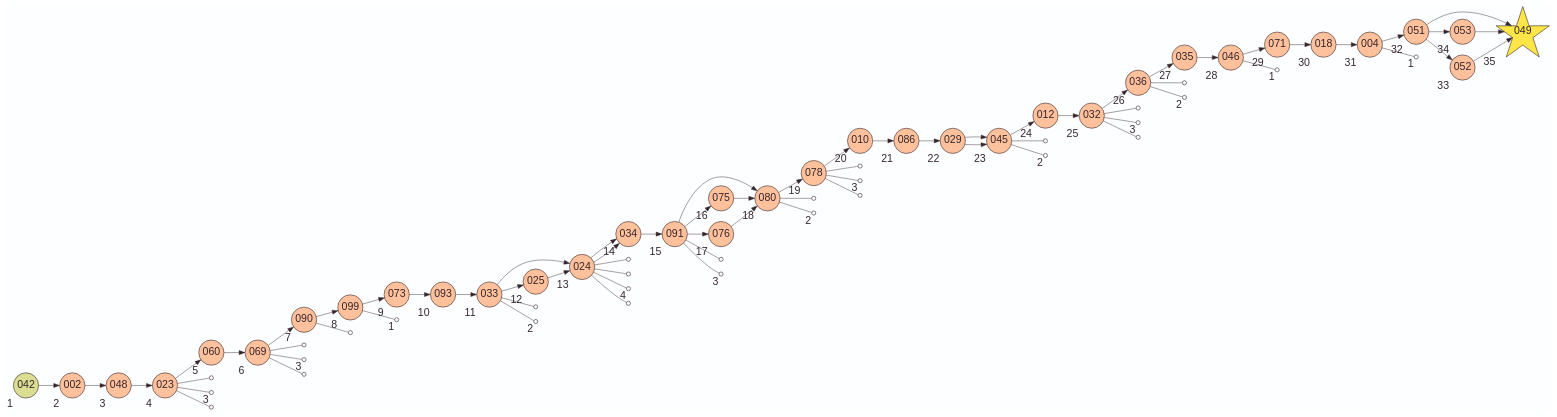
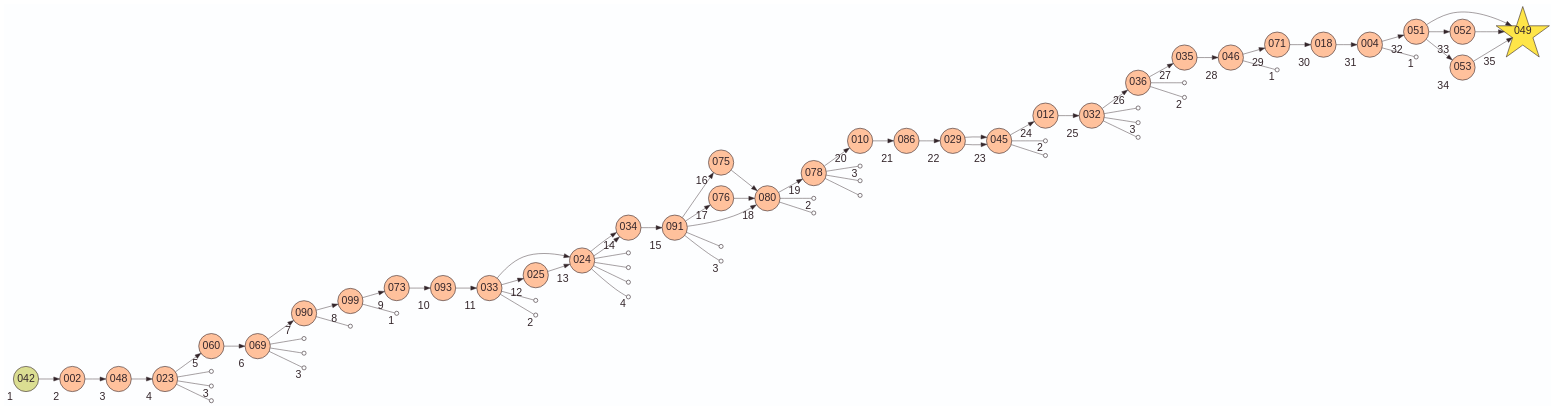
The diagram in en/postgresql/output/activity_map.gv (laowantong/sqlab_island), drawn with Graphviz before and after one commit. The commit also changed other lines of this file and 11 other files, not shown here.

```diff
--- a/en/postgresql/output/activity_map.gv
+++ b/en/postgresql/output/activity_map.gv
@@ -1,164 +1,164 @@
 digraph G {
     layout=dot
     rankdir=LR
     bgcolor="#FDFEFF"
     edge [color="#34262B" penwidth=0.75]
     node [
         shape=star
         fixedsize=true
         width=0.3
         height=0.3
         fillcolor="#FEE548"
         color="#34262B"
         fontcolor="#34262B"
         fontsize=18
         penwidth=1
         style=filled
         label=""
     ]
     
     node [width=1.2 height=1.2 fontname=Helvetica label="\N"]
     049
     node [ width=0.6 height=0.6 shape=circle fillcolor="#FFC19C"]
+    002 [xlabel=2]
+    004 [xlabel=31]
+    010 [xlabel=20]
+    012 [xlabel=24]
+    018 [xlabel=30]
+    023 [xlabel=4]
+    024 [xlabel=13]
+    025 [xlabel=12]
+    029 [xlabel=22]
+    032 [xlabel=25]
+    033 [xlabel=11]
+    034 [xlabel=14]
+    035 [xlabel=27]
+    036 [xlabel=26]
+    045 [xlabel=23]
+    046 [xlabel=28]
+    048 [xlabel=3]
+    049 [xlabel=35]
+    051 [xlabel=32]
+    052 [xlabel=33]
+    053 [xlabel=34]
+    060 [xlabel=5]
+    069 [xlabel=6]
+    071 [xlabel=29]
+    073 [xlabel=9]
+    075 [xlabel=16]
+    076 [xlabel=17]
+    078 [xlabel=19]
+    080 [xlabel=18]
+    086 [xlabel=21]
+    090 [xlabel=7]
+    091 [xlabel=15]
     093 [xlabel=10]
-    004 [xlabel=31]
-    023 [xlabel=4]
-    080 [xlabel=18]
-    024 [xlabel=13]
-    053 [xlabel=34]
-    075 [xlabel=16]
-    002 [xlabel=2]
-    033 [xlabel=11]
-    078 [xlabel=19]
-    052 [xlabel=33]
-    049 [xlabel=35]
-    025 [xlabel=12]
     099 [xlabel=8]
-    076 [xlabel=17]
-    032 [xlabel=25]
-    090 [xlabel=7]
-    086 [xlabel=21]
-    069 [xlabel=6]
-    036 [xlabel=26]
-    018 [xlabel=30]
-    034 [xlabel=14]
-    060 [xlabel=5]
-    091 [xlabel=15]
-    046 [xlabel=28]
-    051 [xlabel=32]
-    010 [xlabel=20]
-    035 [xlabel=27]
-    029 [xlabel=22]
-    073 [xlabel=9]
-    071 [xlabel=29]
-    048 [xlabel=3]
-    012 [xlabel=24]
-    045 [xlabel=23]
     node [fillcolor="#DBDE92"]
     
     042 [xlabel=1]
     
+    002 -> 048
+    004 -> 051
+    010 -> 086
+    012 -> 032
+    018 -> 004
+    023 -> 060
+    024 -> 034
+    024 -> 034
+    025 -> 024
+    029 -> 045
+    029 -> 045
+    032 -> 036
+    033 -> 024
+    033 -> 025
+    034 -> 091
+    035 -> 046
+    036 -> 035
     042 -> 002
-    002 -> 048
+    045 -> 012
+    046 -> 071
     048 -> 023
-    023 -> 060
+    051 -> 049
+    051 -> 052
+    051 -> 053
+    052 -> 049
+    053 -> 049
     060 -> 069
     069 -> 090
+    071 -> 018
+    073 -> 093
+    075 -> 080
+    076 -> 080
+    078 -> 010
+    080 -> 078
+    086 -> 029
     090 -> 099
-    099 -> 073
-    073 -> 093
-    093 -> 033
-    033 -> 024
-    033 -> 025
-    025 -> 024
-    024 -> 034
-    024 -> 034
-    034 -> 091
-    091 -> 080
     091 -> 075
     091 -> 076
-    075 -> 080
-    076 -> 080
-    080 -> 078
-    078 -> 010
-    010 -> 086
-    086 -> 029
-    029 -> 045
-    029 -> 045
-    045 -> 012
-    012 -> 032
-    032 -> 036
-    036 -> 035
-    035 -> 046
-    046 -> 071
-    071 -> 018
-    018 -> 004
-    004 -> 051
-    051 -> 052
-    051 -> 053
-    051 -> 049
-    052 -> 049
-    053 -> 049
+    091 -> 080
+    093 -> 033
+    099 -> 073
     node [width=0.1 height=0.1 label="" fillcolor=none]
-    51507010066455
-    48044556087693 [xlabel=3]
-    37598288701617
-    70761173541257
-    77405320603816 [xlabel=3]
-    73618022250895
-    29469479875314
-    14736651824382 [xlabel=1]
+    131587263483309
+    132776239100886 [xlabel=2]
     138282073330312
     138996212731035 [xlabel=2]
+    14736651824382 [xlabel=1]
+    158940675065632
     163024011428056
-    158940675065632
+    165468115894776
     166516902594714 [xlabel=4]
-    165468115894776
+    18322049360738 [xlabel=2]
+    197442822264005 [xlabel=1]
+    227797463040767 [xlabel=2]
+    237566676404939
     24023835813788
     24056167280055 [xlabel=3]
+    29469479875314
     29925361564672
-    18322049360738 [xlabel=2]
+    30928237956025 [xlabel=3]
     30928237956437
-    30928237956025 [xlabel=3]
     30928237956875
-    237566676404939
-    227797463040767 [xlabel=2]
+    37598288701617
+    37919585688127
+    38837902977585 [xlabel=3]
+    48044556087693 [xlabel=3]
     48641777669212
-    38837902977585 [xlabel=3]
-    37919585688127
-    131587263483309
-    132776239100886 [xlabel=2]
-    197442822264005 [xlabel=1]
+    51507010066455
     66688187831573 [xlabel=1]
+    70761173541257
+    73618022250895
+    77405320603816 [xlabel=3]
     edge [arrowhead=none]
+    004 -> 66688187831573
+    023 -> 37598288701617
+    023 -> 48044556087693
     023 -> 51507010066455
-    023 -> 48044556087693
-    023 -> 37598288701617
-    069 -> 70761173541257
-    069 -> 77405320603816
-    069 -> 73618022250895
-    090 -> 29469479875314
-    099 -> 14736651824382
+    024 -> 158940675065632
+    024 -> 163024011428056
+    024 -> 165468115894776
+    024 -> 166516902594714
+    032 -> 37919585688127
+    032 -> 38837902977585
+    032 -> 48641777669212
     033 -> 138282073330312
     033 -> 138996212731035
-    024 -> 163024011428056
-    024 -> 158940675065632
-    024 -> 166516902594714
-    024 -> 165468115894776
+    036 -> 131587263483309
+    036 -> 132776239100886
+    045 -> 227797463040767
+    045 -> 237566676404939
+    046 -> 197442822264005
+    069 -> 70761173541257
+    069 -> 73618022250895
+    069 -> 77405320603816
+    078 -> 30928237956025
+    078 -> 30928237956437
+    078 -> 30928237956875
+    080 -> 18322049360738
+    080 -> 29925361564672
+    090 -> 29469479875314
     091 -> 24023835813788
     091 -> 24056167280055
-    080 -> 29925361564672
-    080 -> 18322049360738
-    078 -> 30928237956437
-    078 -> 30928237956025
-    078 -> 30928237956875
-    045 -> 237566676404939
-    045 -> 227797463040767
-    032 -> 48641777669212
-    032 -> 38837902977585
-    032 -> 37919585688127
-    036 -> 131587263483309
-    036 -> 132776239100886
-    046 -> 197442822264005
-    004 -> 66688187831573
+    099 -> 14736651824382
 }
```
